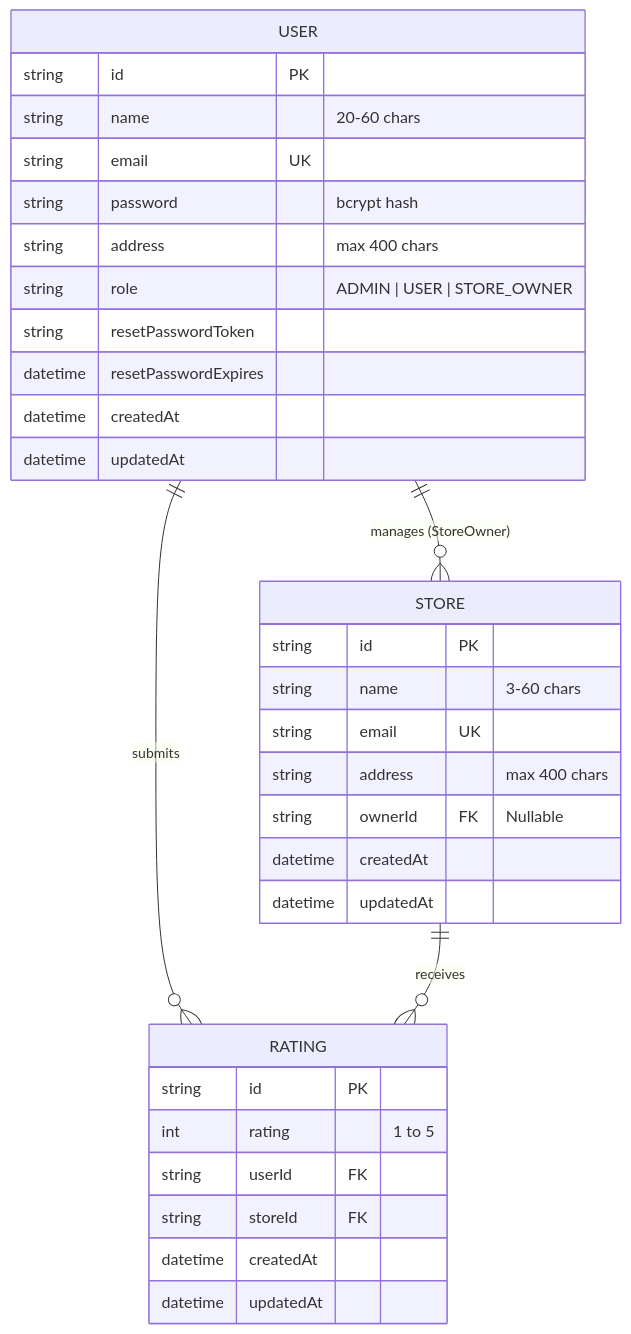
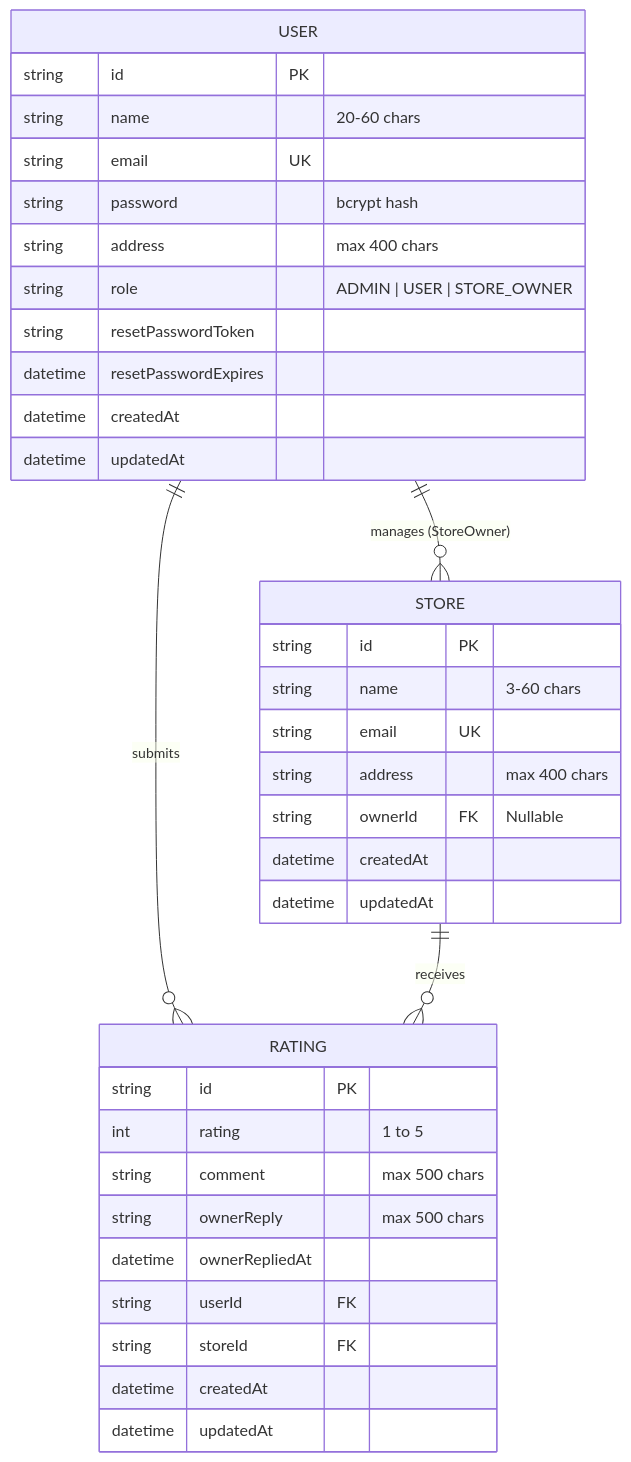
One commit to aryansheth18/Full-Stack-Final-Project changed the diagram in README.md. Above: the diagram before and after it, drawn with Mermaid. The commit also changed other lines of this file and 17 other files, not shown here.

````diff
--- a/README.md
+++ b/README.md
@@ -51,38 +56,41 @@
 ```mermaid
 erDiagram
     USER ||--o{ STORE : "manages (StoreOwner)"
     USER ||--o{ RATING : "submits"
     STORE ||--o{ RATING : "receives"
 
     USER {
         string id PK
         string name "20-60 chars"
         string email UK
         string password "bcrypt hash"
         string address "max 400 chars"
         string role "ADMIN | USER | STORE_OWNER"
         string resetPasswordToken
         datetime resetPasswordExpires
         datetime createdAt
         datetime updatedAt
     }
 
     STORE {
         string id PK
         string name "3-60 chars"
         string email UK
         string address "max 400 chars"
         string ownerId FK "Nullable"
         datetime createdAt
         datetime updatedAt
     }
 
     RATING {
         string id PK
         int rating "1 to 5"
+        string comment "max 500 chars"
+        string ownerReply "max 500 chars"
+        datetime ownerRepliedAt
         string userId FK
         string storeId FK
         datetime createdAt
         datetime updatedAt
     }
 ```
````
